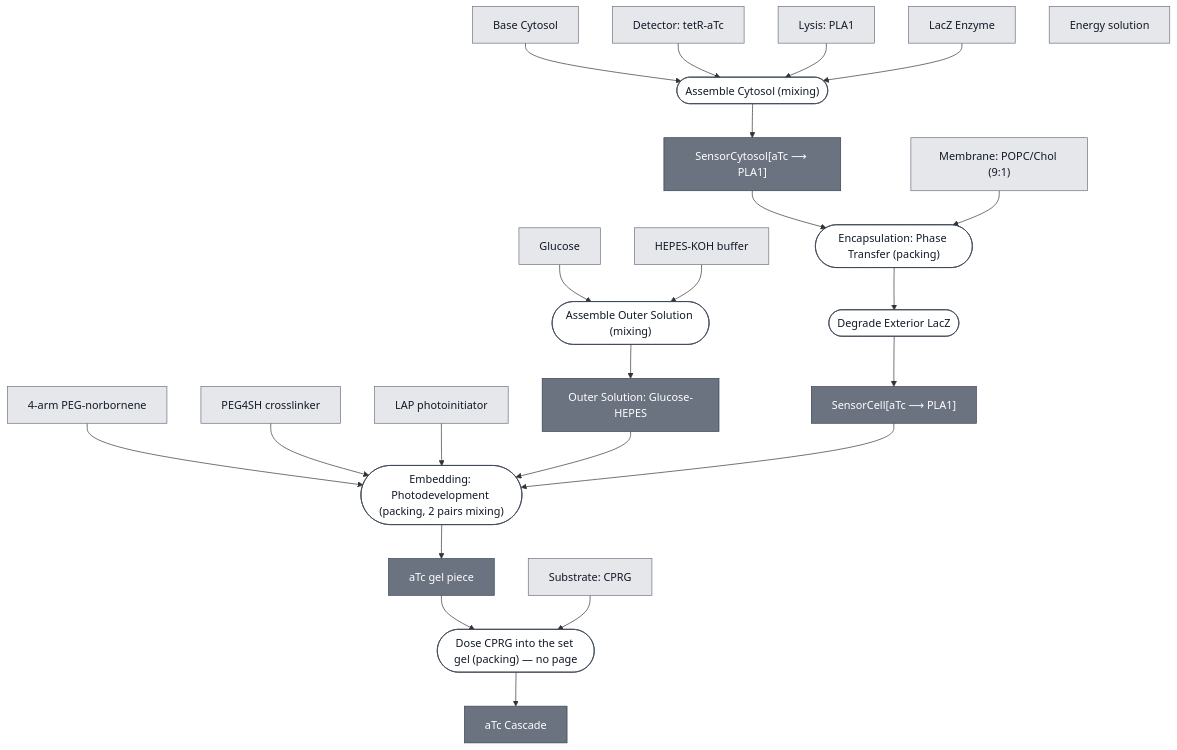
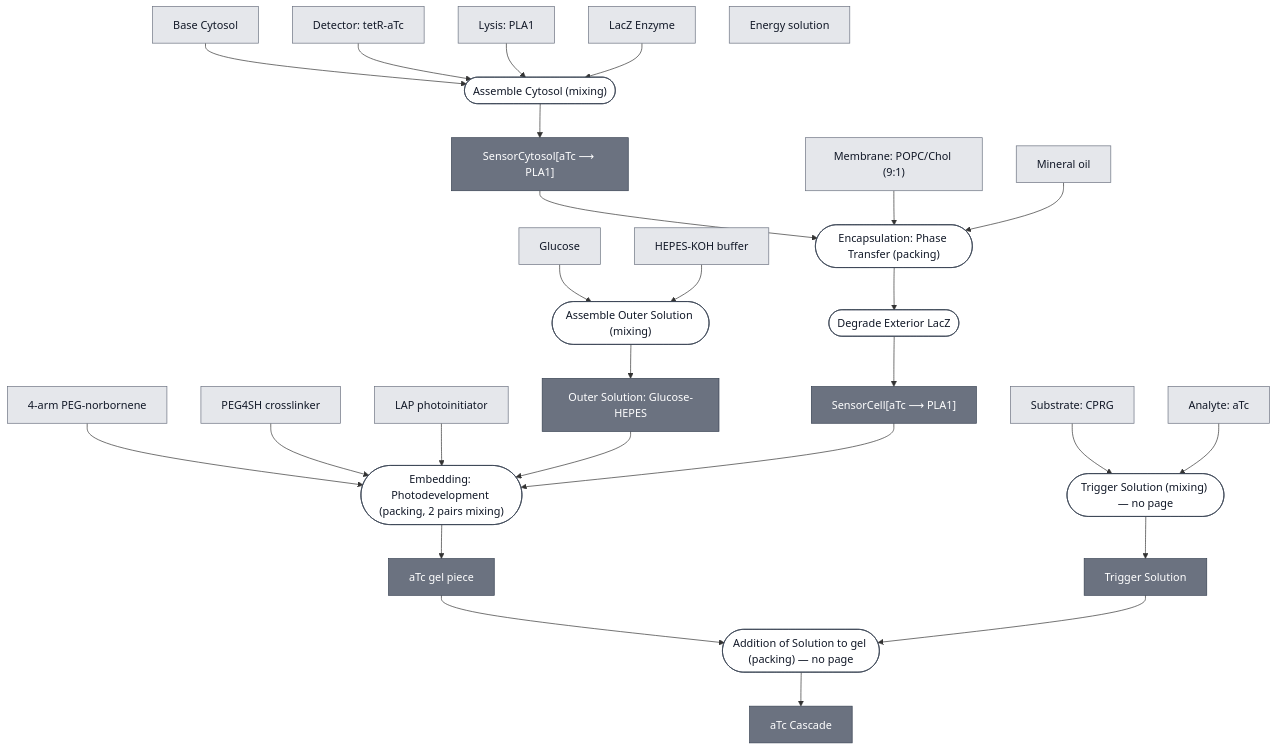
The diagram in docs/modules/atc-cascade/spec.md (nucleus-eng/nucleus-docs), drawn with Mermaid before and after one commit. The commit also changed 3 other files, not shown here.

```diff
--- a/docs/modules/atc-cascade/spec.md
+++ b/docs/modules/atc-cascade/spec.md
@@ -39,6 +39,8 @@
     REPORTER_LACZ_ENZYME["LacZ Enzyme"]
     MEMBRANE_CHICAGO["Membrane: POPC/Chol (9:1)"]
     SUBSTRATE_CPRG["Substrate: CPRG"]
+    MINERAL_OIL["Mineral oil"]
+    ANALYTE_ATC["Analyte: aTc"]
     GLUCOSE["Glucose"]
     HEPES_KOH["HEPES-KOH buffer"]
     ENERGY_SOLUTION["Energy solution"]
@@ -55,7 +57,9 @@
     ATC_SENSING_CELL["SensorCell[aTc ⟶ PLA1]"]
     P4_EMBED_PHOTODEVELOPMENT_0(["Embedding: Photodevelopment (packing, 2 pairs mixing)"])
     ATC_GEL["aTc gel piece"]
-    P5_DOSE_CPRG_0(["Dose CPRG into the set gel (packing) — no page"])
+    P5_ASSEMBLE_TRIGGER_SOLUTION_0(["Trigger Solution (mixing) — no page"])
+    ATC_TRIGGER_SOLUTION["Trigger Solution"]
+    P6_DOSE_TRIGGER_SOLUTION_0(["Addition of Solution to gel (packing) — no page"])
     ATC_CASCADE["aTc Cascade"]
 
     GLUCOSE --> P1_ASSEMBLE_OUTER_SOLUTION_0
@@ -70,6 +74,7 @@
 
     ATC_SENSOR_CYTOSOL --> P3_ENCAPSULATE_0
     MEMBRANE_CHICAGO --> P3_ENCAPSULATE_0
+    MINERAL_OIL --> P3_ENCAPSULATE_0
     P3_ENCAPSULATE_0 --> P3_ENCAPSULATE_1
     P3_ENCAPSULATE_1 --> ATC_SENSING_CELL
 
@@ -80,17 +85,21 @@
     ATC_SENSING_CELL --> P4_EMBED_PHOTODEVELOPMENT_0
     P4_EMBED_PHOTODEVELOPMENT_0 --> ATC_GEL
 
-    ATC_GEL --> P5_DOSE_CPRG_0
-    SUBSTRATE_CPRG --> P5_DOSE_CPRG_0
-    P5_DOSE_CPRG_0 --> ATC_CASCADE
+    SUBSTRATE_CPRG --> P5_ASSEMBLE_TRIGGER_SOLUTION_0
+    ANALYTE_ATC --> P5_ASSEMBLE_TRIGGER_SOLUTION_0
+    P5_ASSEMBLE_TRIGGER_SOLUTION_0 --> ATC_TRIGGER_SOLUTION
+
+    ATC_GEL --> P6_DOSE_TRIGGER_SOLUTION_0
+    ATC_TRIGGER_SOLUTION --> P6_DOSE_TRIGGER_SOLUTION_0
+    P6_DOSE_TRIGGER_SOLUTION_0 --> ATC_CASCADE
 
 
     classDef leaf     fill:#e5e7eb,stroke:#6b7280,color:#111827;
     classDef composed fill:#6b7280,stroke:#374151,color:#ffffff;
     classDef process  fill:#ffffff,stroke:#374151,color:#111827;
-    class BASE_CYTOSOL,DETECTOR_TETR_ATC,EFFECTOR_PLA1,REPORTER_LACZ_ENZYME,MEMBRANE_CHICAGO,SUBSTRATE_CPRG,GLUCOSE,HEPES_KOH,ENERGY_SOLUTION,PEG_NORBORNENE_MONOMER,PEG4SH,LAP leaf;
-    class OUTER_SOLUTION_GLUCOSE_HEPES,ATC_SENSOR_CYTOSOL,ATC_SENSING_CELL,ATC_GEL,ATC_CASCADE composed;
-    class P1_ASSEMBLE_OUTER_SOLUTION_0,P2_ASSEMBLE_CYTOSOL_0,P3_ENCAPSULATE_0,P3_ENCAPSULATE_1,P4_EMBED_PHOTODEVELOPMENT_0,P5_DOSE_CPRG_0 process;
+    class BASE_CYTOSOL,DETECTOR_TETR_ATC,EFFECTOR_PLA1,REPORTER_LACZ_ENZYME,MEMBRANE_CHICAGO,SUBSTRATE_CPRG,MINERAL_OIL,ANALYTE_ATC,GLUCOSE,HEPES_KOH,ENERGY_SOLUTION,PEG_NORBORNENE_MONOMER,PEG4SH,LAP leaf;
+    class OUTER_SOLUTION_GLUCOSE_HEPES,ATC_SENSOR_CYTOSOL,ATC_SENSING_CELL,ATC_GEL,ATC_TRIGGER_SOLUTION,ATC_CASCADE composed;
+    class P1_ASSEMBLE_OUTER_SOLUTION_0,P2_ASSEMBLE_CYTOSOL_0,P3_ENCAPSULATE_0,P3_ENCAPSULATE_1,P4_EMBED_PHOTODEVELOPMENT_0,P5_ASSEMBLE_TRIGGER_SOLUTION_0,P6_DOSE_TRIGGER_SOLUTION_0 process;
 
     click BASE_CYTOSOL "/docs/modules/base-cytosol/spec"
     click DETECTOR_TETR_ATC "/docs/modules/detector-tetr-atc/spec"
@@ -98,6 +107,7 @@
     click REPORTER_LACZ_ENZYME "/docs/modules/reporter-lacz-enzyme/spec"
     click MEMBRANE_CHICAGO "/docs/modules/membrane-popc-chol-9-1/spec"
     click SUBSTRATE_CPRG "/docs/modules/substrate-cprg/spec"
+    click ANALYTE_ATC "/docs/modules/analyte-atc/spec"
     click PEG_NORBORNENE_MONOMER "/docs/modules/gel-peg-norbornene/spec"
     click P1_ASSEMBLE_OUTER_SOLUTION_0 "/docs/processes/assemble-outer-solution/main"
     click OUTER_SOLUTION_GLUCOSE_HEPES "/docs/modules/outer-solution-glucose-hepes/spec"
```
